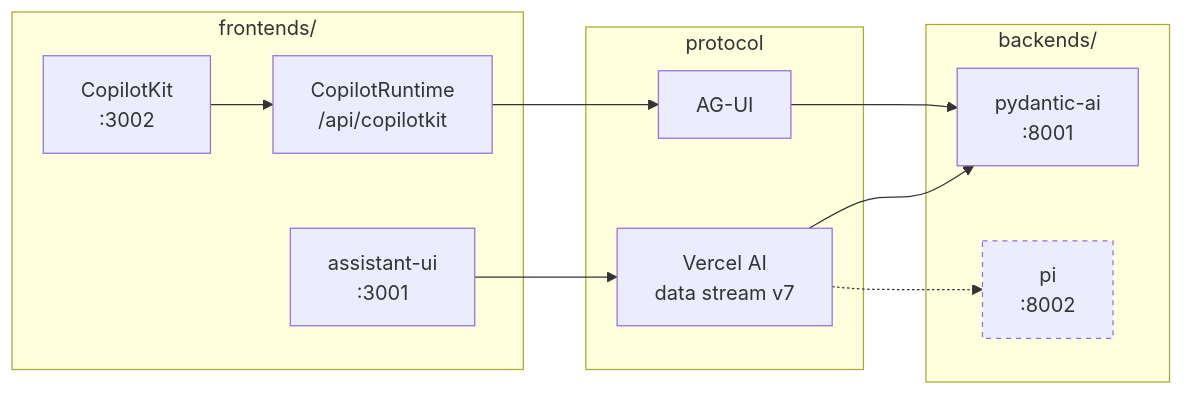
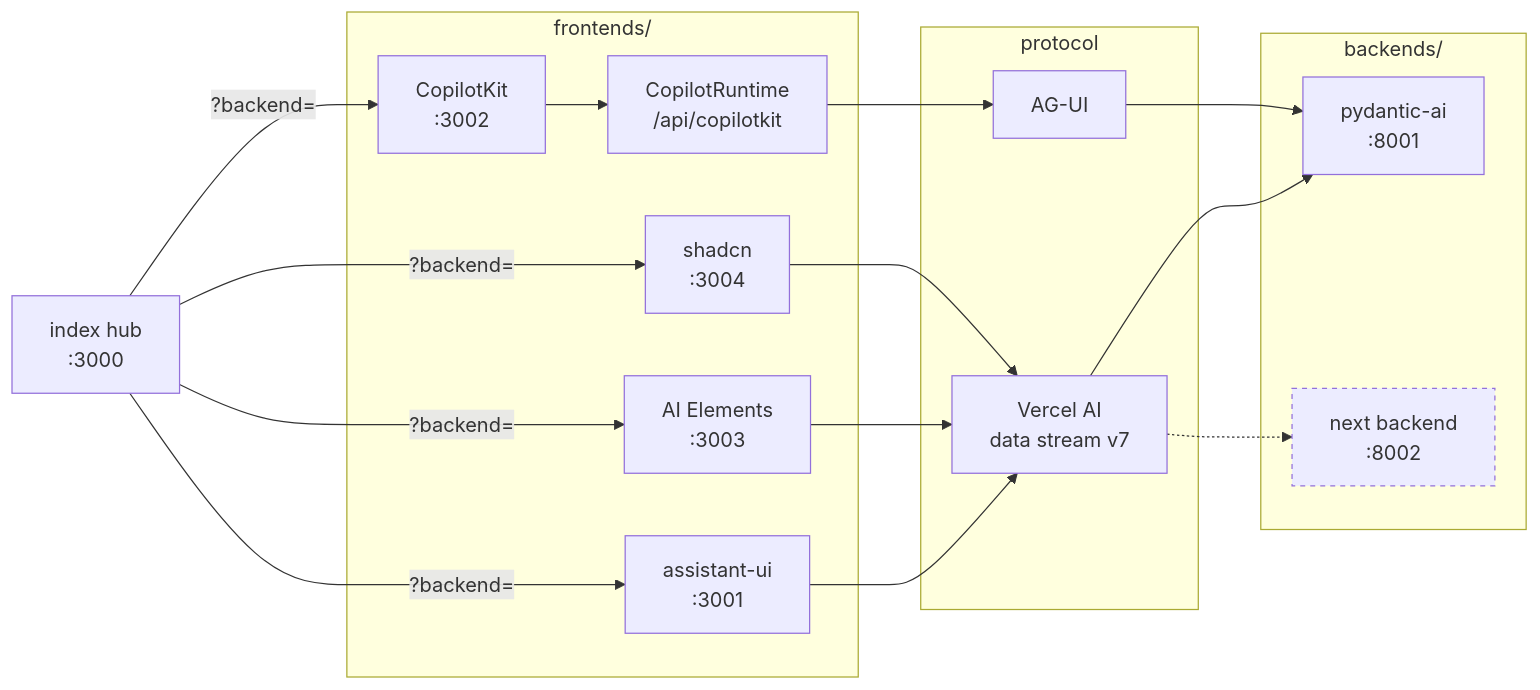
One commit to fairchild/chat-matrix changed the first of 2 diagrams in docs/architecture.md. Above: the diagram before and after it, drawn with Mermaid. The commit also changed other lines of this file and 16 other files, not shown here.

````diff
--- a/docs/architecture.md
+++ b/docs/architecture.md
@@ -33,25 +33,31 @@
 ```mermaid
 flowchart LR
+  H["index hub<br/>:3000"]
   subgraph F["frontends/"]
     A1["assistant-ui<br/>:3001"]
     A2["CopilotKit<br/>:3002"]
     A2R["CopilotRuntime<br/>/api/copilotkit"]
+    A3["AI Elements<br/>:3003"]
+    A4["shadcn<br/>:3004"]
   end
   subgraph P["protocol"]
     P1["Vercel AI<br/>data stream v7"]
     P2["AG-UI"]
   end
   subgraph B["backends/"]
     B1["pydantic-ai<br/>:8001"]
-    B2["pi<br/>:8002"]
+    B2["next backend<br/>:8002"]
   end
 
+  H -->|"?backend="| A1 & A2 & A3 & A4
   A1 --> P1
+  A3 --> P1
+  A4 --> P1
   A2 --> A2R
   A2R --> P2
   P1 --> B1
   P2 --> B1
   P1 -.-> B2
 
   style B2 stroke-dasharray: 4 4
 ```
````
